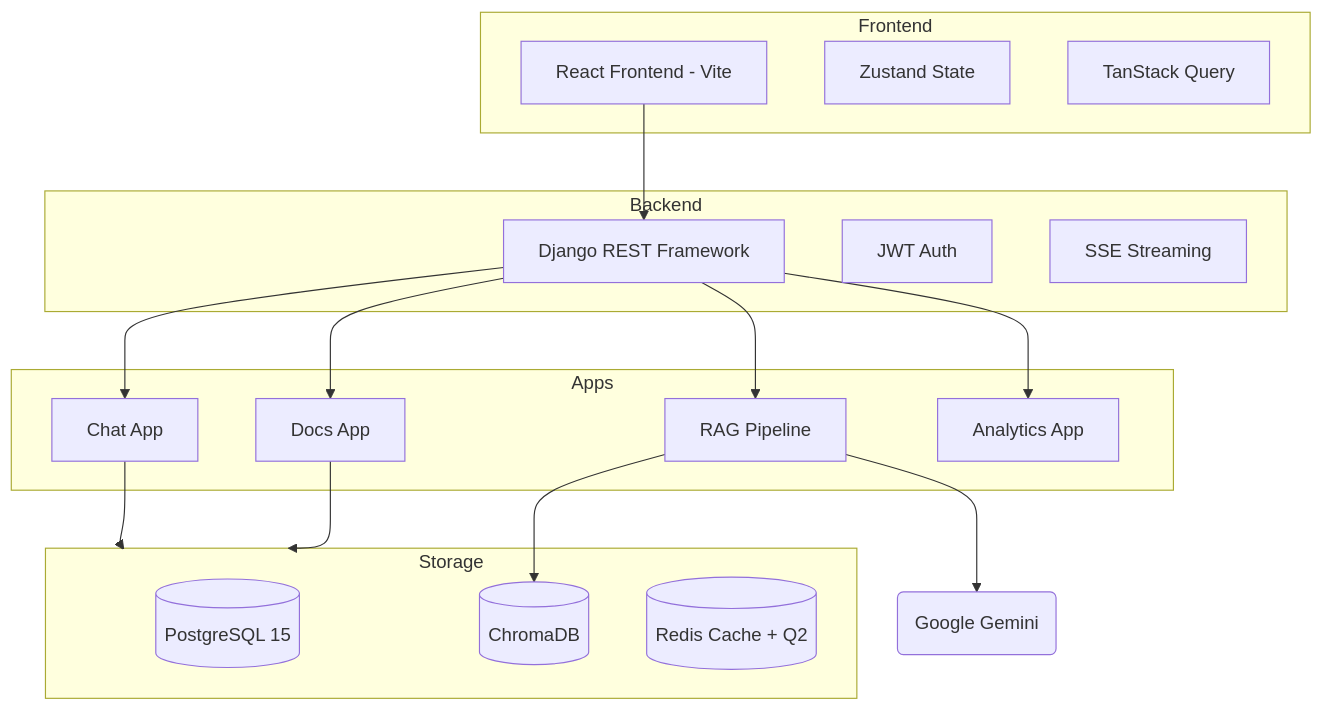
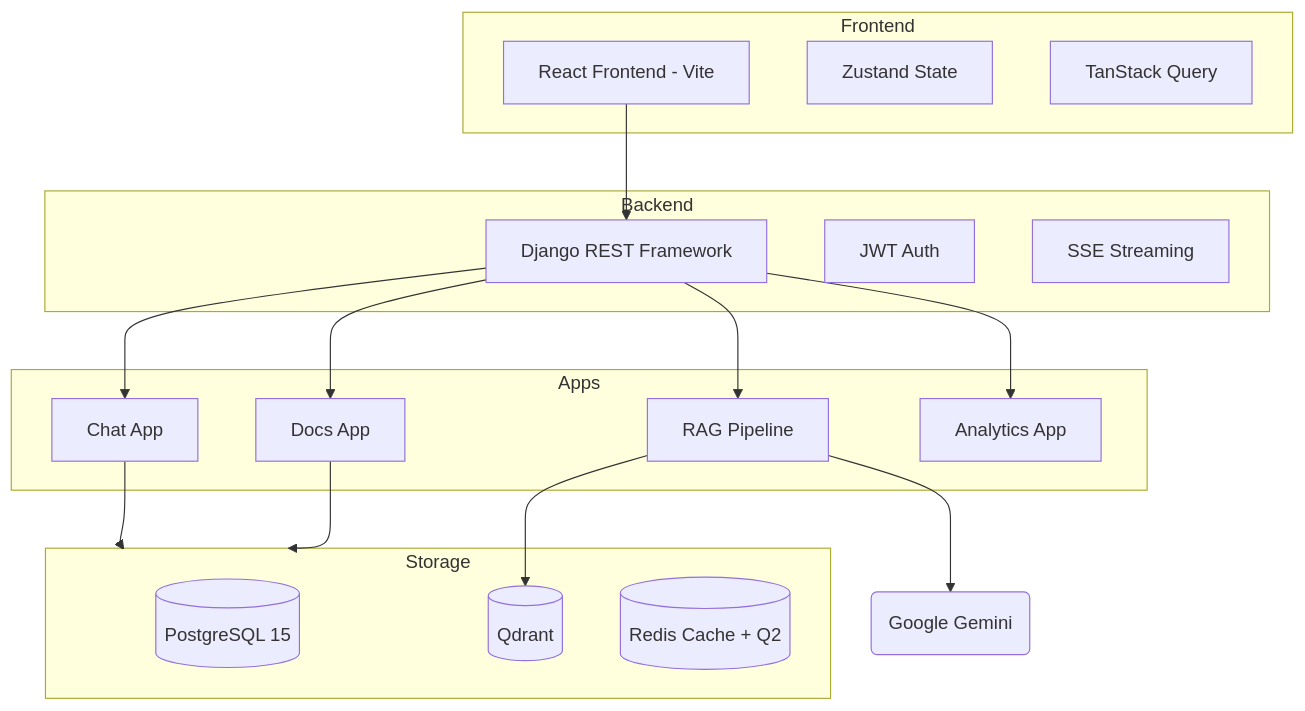
One commit to midlaj-muhammed/AI-Powered-RAG-Chatbot changed the diagram in README.md. Above: the diagram before and after it, drawn with Mermaid. The commit also changed other lines of this file and 58 other files, not shown here.

````diff
--- a/README.md
+++ b/README.md
@@ -43,37 +44,37 @@
 ```mermaid
 graph TD
     subgraph Frontend
         React[React Frontend - Vite]
         Zustand[Zustand State]
         Query[TanStack Query]
     end
 
     subgraph Backend
         DRF[Django REST Framework]
         JWTa[JWT Auth]
         SSE[SSE Streaming]
     end
 
     subgraph Apps
         Chat[Chat App]
         Docs[Docs App]
         RAG[RAG Pipeline]
         An[Analytics App]
     end
 
     subgraph Storage
         Postgres[(PostgreSQL 15)]
-        Chroma[(ChromaDB)]
+        Qdrant[(Qdrant)]
         Redis[(Redis Cache + Q2)]
     end
 
     React --> DRF
     DRF --> Chat
     DRF --> Docs
     DRF --> RAG
     DRF --> An
     Chat --> Storage
     Docs --> Storage
-    RAG --> Chroma
+    RAG --> Qdrant
     RAG --> AI(Google Gemini)
 ```
````
